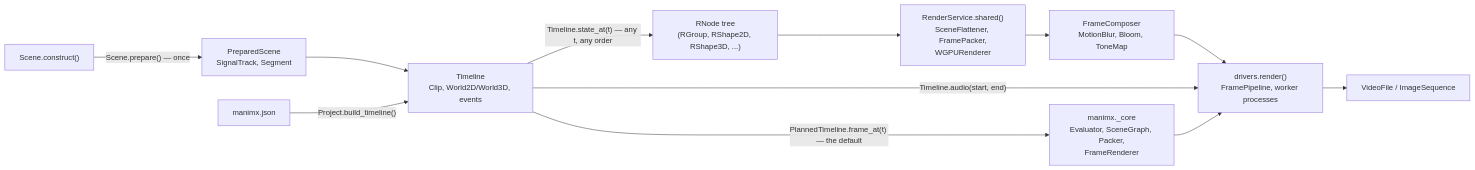
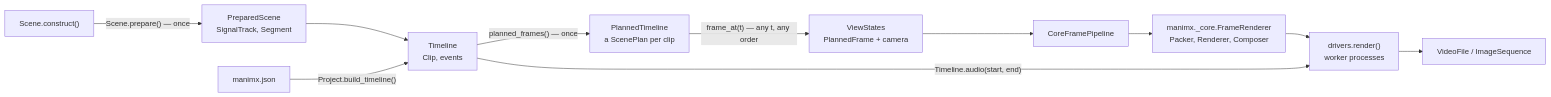
Before and after one commit to MrDiver/manim: the first of 8 diagrams in manimx/ARCHITECTURE.md, drawn with Mermaid. The commit also changed other lines of this file and 200 other files, not shown here.

````diff
--- a/manimx/ARCHITECTURE.md
+++ b/manimx/ARCHITECTURE.md
@@ -74,14 +74,13 @@
 ```mermaid
 flowchart LR
     Code["Scene.construct()"] -->|"Scene.prepare() — once"| PS["PreparedScene<br/>SignalTrack, Segment"]
-    PS --> TL["Timeline<br/>Clip, World2D/World3D, events"]
+    PS --> TL["Timeline<br/>Clip, events"]
     Proj["manimx.json"] -->|"Project.build_timeline()"| TL
-    TL -->|"Timeline.state_at(t) — any t, any order"| RO["RNode tree<br/>(RGroup, RShape2D, RShape3D, ...)"]
-    RO --> R["RenderService.shared()<br/>SceneFlattener, FramePacker,<br/>WGPURenderer"]
-    R --> C["FrameComposer<br/>MotionBlur, Bloom, ToneMap"]
-    C --> D["drivers.render()<br/>FramePipeline, worker processes"]
+    TL -->|"planned_frames() — once"| PT["PlannedTimeline<br/>a ScenePlan per clip"]
+    PT -->|"frame_at(t) — any t, any order"| V["ViewStates<br/>PlannedFrame + camera"]
+    V --> CP["CoreFramePipeline"]
+    CP --> Core["manimx._core.FrameRenderer<br/>Packer, Renderer, Composer"]
+    Core --> D["drivers.render()<br/>worker processes"]
     D --> Out["VideoFile / ImageSequence"]
     TL -->|"Timeline.audio(start, end)"| D
-    TL -->|"PlannedTimeline.frame_at(t) — the default"| Core["manimx._core<br/>Evaluator, SceneGraph, Packer,<br/>FrameRenderer"]
-    Core --> D
 ```
````
